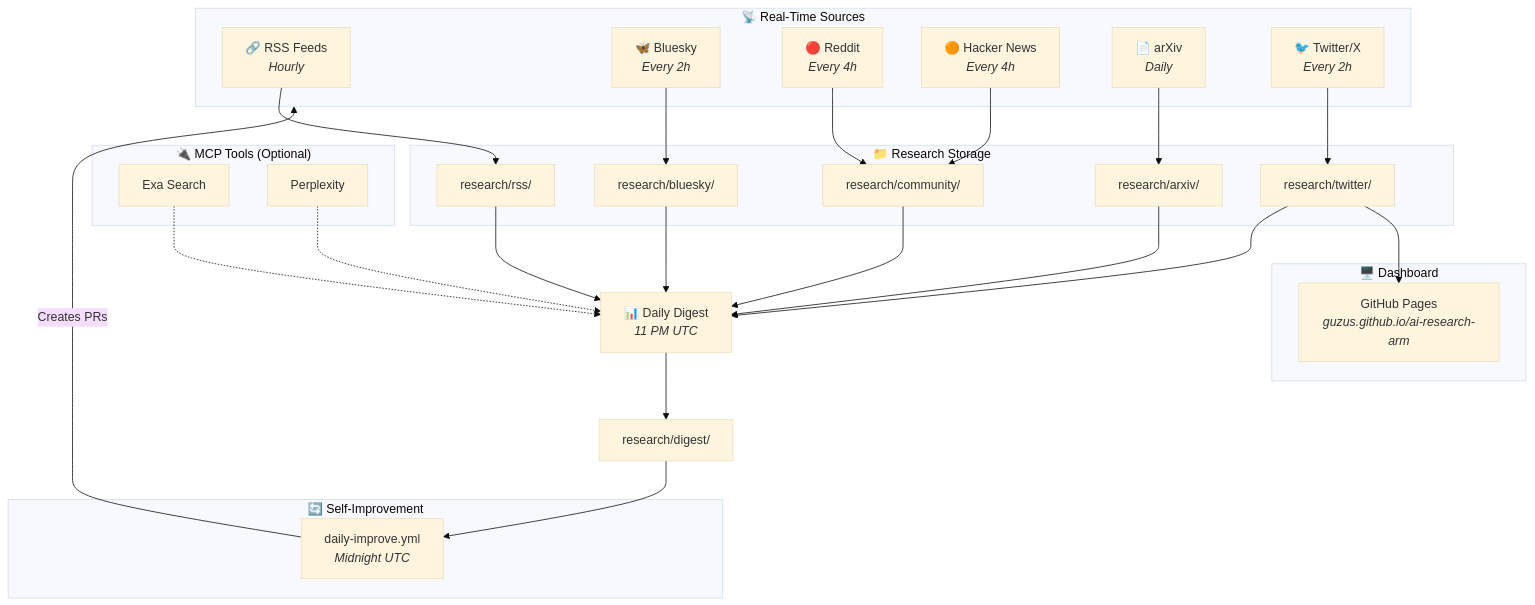
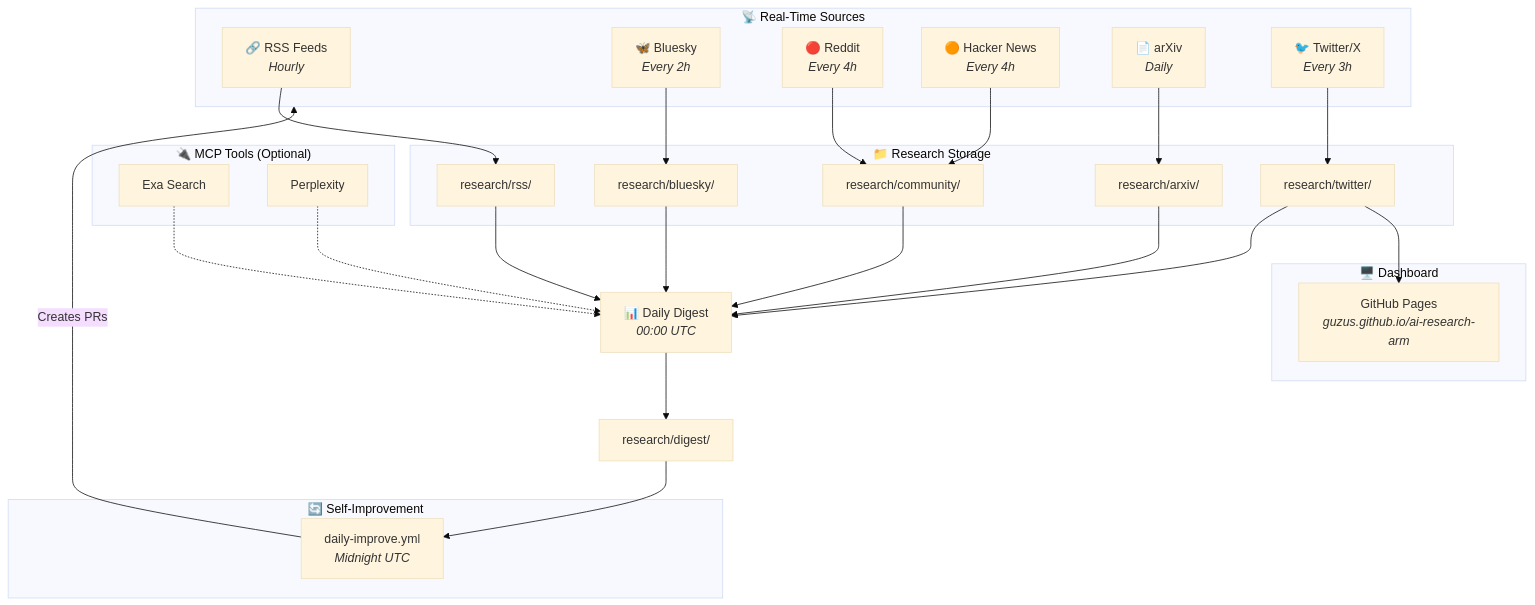
Before and after one commit to guzus/ai-research-arm: the first of 2 diagrams in README.md, drawn with Mermaid (base theme). The commit also changed other lines of this file and 5 other files, not shown here.

````diff
--- a/README.md
+++ b/README.md
@@ -7,56 +7,56 @@
 ```mermaid
 flowchart TB
     subgraph sources["📡 Real-Time Sources"]
         RSS["🔗 RSS Feeds<br/><i>Hourly</i>"]
         Bluesky["🦋 Bluesky<br/><i>Every 2h</i>"]
         Reddit["🔴 Reddit<br/><i>Every 4h</i>"]
         HN["🟠 Hacker News<br/><i>Every 4h</i>"]
         arXiv["📄 arXiv<br/><i>Daily</i>"]
-        Twitter["🐦 Twitter/X<br/><i>Every 2h</i>"]
+        Twitter["🐦 Twitter/X<br/><i>Every 3h</i>"]
     end
 
     subgraph mcp["🔌 MCP Tools (Optional)"]
         Exa["Exa Search"]
         Perplexity["Perplexity"]
     end
 
     subgraph storage["📁 Research Storage"]
         rss_out["research/rss/"]
         bluesky_out["research/bluesky/"]
         community_out["research/community/"]
         arxiv_out["research/arxiv/"]
         twitter_out["research/twitter/"]
     end
 
     RSS --> rss_out
     Bluesky --> bluesky_out
     Reddit --> community_out
     HN --> community_out
     arXiv --> arxiv_out
     Twitter --> twitter_out
 
     rss_out --> Digest
     bluesky_out --> Digest
     community_out --> Digest
     arxiv_out --> Digest
     twitter_out --> Digest
 
     Exa -.-> Digest
     Perplexity -.-> Digest
 
-    Digest["📊 Daily Digest<br/><i>11 PM UTC</i>"]
+    Digest["📊 Daily Digest<br/><i>00:00 UTC</i>"]
     Digest --> digest_out["research/digest/"]
 
     subgraph improve["🔄 Self-Improvement"]
         Improve["daily-improve.yml<br/><i>Midnight UTC</i>"]
     end
 
     digest_out --> Improve
     Improve -->|"Creates PRs"| sources
 
     subgraph dashboard["🖥️ Dashboard"]
         Pages["GitHub Pages<br/><i>guzus.github.io/ai-research-arm</i>"]
     end
 
     twitter_out --> Pages
 ```
````
